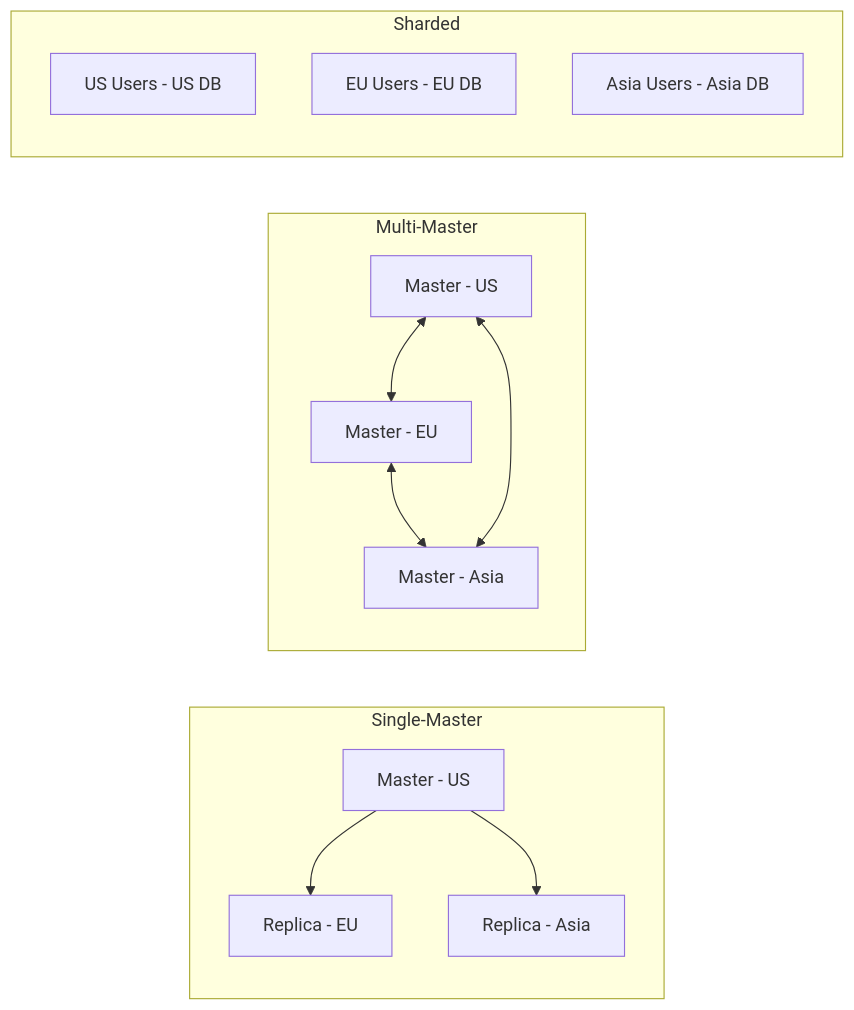
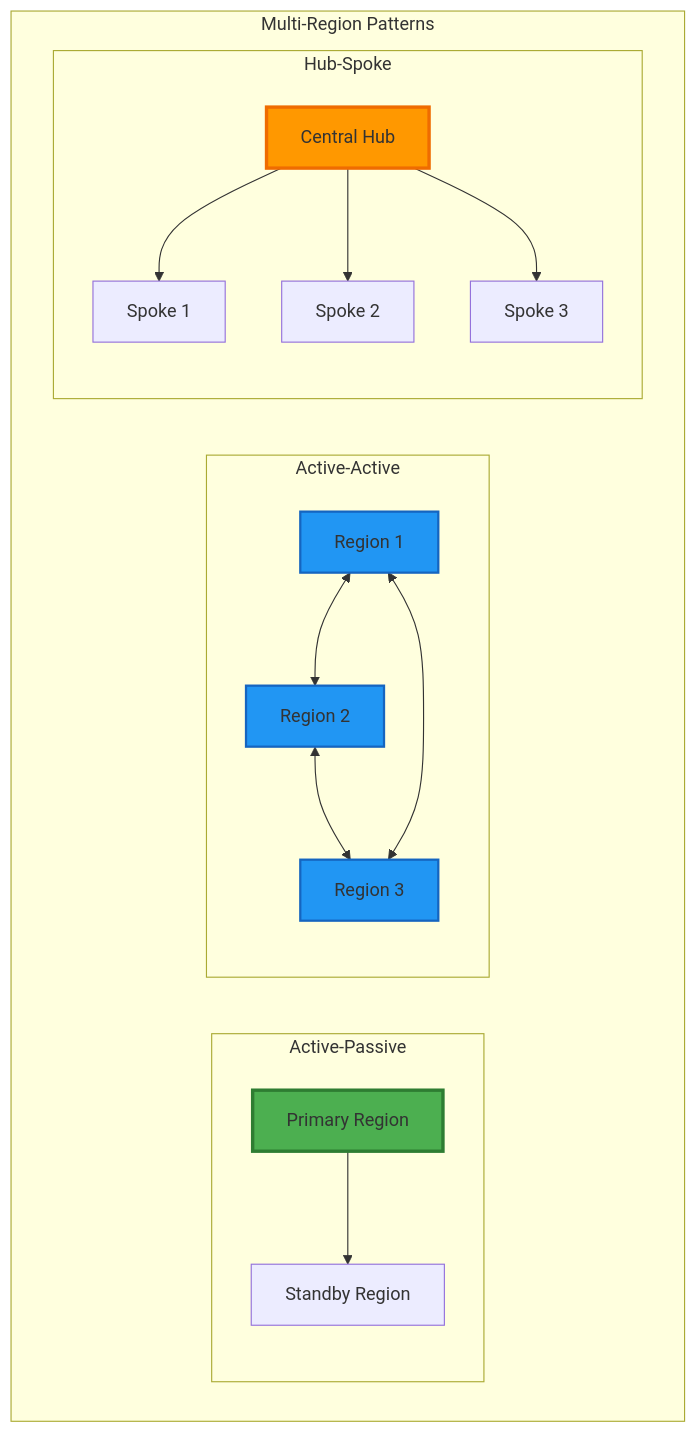
One commit to deepaucksharma/DStudio changed the second of 12 diagrams in docs/pattern-library/scaling/multi-region.md. Above: the diagram before and after it, drawn with Mermaid. The commit also changed other lines of this file and 191 other files, not shown here.

````diff
--- a/docs/pattern-library/scaling/multi-region.md
+++ b/docs/pattern-library/scaling/multi-region.md
@@ -100,19 +129,35 @@
 ```mermaid
-graph LR
- subgraph "Single-Master"
- M1[Master - US] --> R1[Replica - EU]
- M1 --> R2[Replica - Asia]
- end
- 
- subgraph "Multi-Master"
- MM1[Master - US] <--> MM2[Master - EU]
- MM2 <--> MM3[Master - Asia]
- MM3 <--> MM1
- end
- 
- subgraph "Sharded"
- S1[US Users - US DB]
- S2[EU Users - EU DB]
- S3[Asia Users - Asia DB]
- end
+graph TB
+    subgraph "Multi-Region Patterns"
+        subgraph "Active-Passive"
+            AP1[Primary Region]
+            AP2[Standby Region]
+            AP1 --> AP2
+        end
+        
+        subgraph "Active-Active"
+            AA1[Region 1]
+            AA2[Region 2]
+            AA3[Region 3]
+            AA1 <--> AA2
+            AA2 <--> AA3
+            AA3 <--> AA1
+        end
+        
+        subgraph "Hub-Spoke"
+            HUB[Central Hub]
+            S1[Spoke 1]
+            S2[Spoke 2]
+            S3[Spoke 3]
+            HUB --> S1
+            HUB --> S2
+            HUB --> S3
+        end
+    end
+    
+    style AP1 fill:#4caf50,stroke:#2e7d32,stroke-width:3px
+    style AA1 fill:#2196f3,stroke:#1565c0,stroke-width:2px
+    style AA2 fill:#2196f3,stroke:#1565c0,stroke-width:2px
+    style AA3 fill:#2196f3,stroke:#1565c0,stroke-width:2px
+    style HUB fill:#ff9800,stroke:#ef6c00,stroke-width:3px
 ```
````
